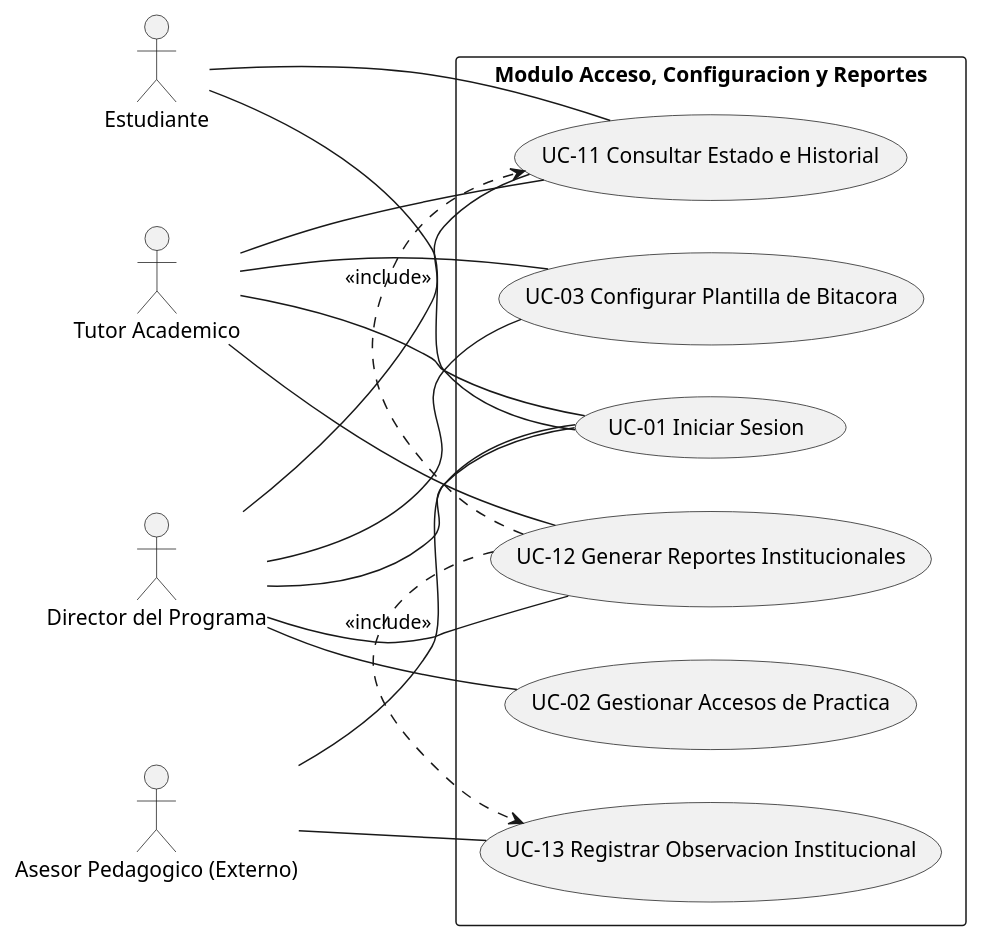
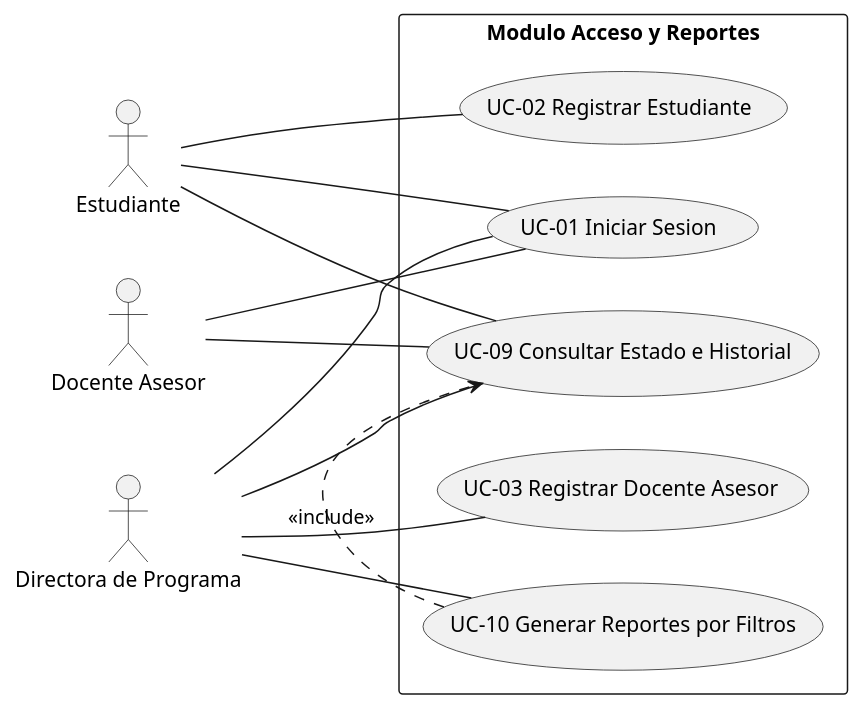
One commit to rcarreno4-dot/sigpra changed the diagram in documentacion/casos_de_uso/DIAGRAMA_CASOS_USO_ACCESO_REPORTES.puml. Above: the diagram before and after it, drawn with PlantUML. The commit also changed 71 other files, not shown here.

```diff
--- a/documentacion/casos_de_uso/DIAGRAMA_CASOS_USO_ACCESO_REPORTES.puml
+++ b/documentacion/casos_de_uso/DIAGRAMA_CASOS_USO_ACCESO_REPORTES.puml
@@ -1,40 +1,32 @@
 @startuml
 left to right direction
 skinparam packageStyle rectangle
 skinparam shadowing false
 
 actor "Estudiante" as Estudiante
-actor "Tutor Academico" as Tutor
-actor "Director del Programa" as Director
-actor "Asesor Pedagogico (Externo)" as Asesor
+actor "Docente Asesor" as Docente
+actor "Directora de Programa" as Directora
 
-rectangle "Modulo Acceso, Configuracion y Reportes" {
+rectangle "Modulo Acceso y Reportes" {
   usecase "UC-01 Iniciar Sesion" as UC01
-  usecase "UC-02 Gestionar Accesos de Practica" as UC02
-  usecase "UC-03 Configurar Plantilla de Bitacora" as UC03
-  usecase "UC-11 Consultar Estado e Historial" as UC11
-  usecase "UC-12 Generar Reportes Institucionales" as UC12
-  usecase "UC-13 Registrar Observacion Institucional" as UC13
+  usecase "UC-02 Registrar Estudiante" as UC02
+  usecase "UC-03 Registrar Docente Asesor" as UC03
+  usecase "UC-09 Consultar Estado e Historial" as UC09
+  usecase "UC-10 Generar Reportes por Filtros" as UC10
 }
 
 Estudiante -- UC01
-Estudiante -- UC11
+Estudiante -- UC02
+Estudiante -- UC09
 
-Tutor -- UC01
-Tutor -- UC03
-Tutor -- UC11
-Tutor -- UC12
+Docente -- UC01
+Docente -- UC09
 
-Director -- UC01
-Director -- UC02
-Director -- UC03
-Director -- UC11
-Director -- UC12
+Directora -- UC01
+Directora -- UC03
+Directora -- UC09
+Directora -- UC10
 
-Asesor -- UC01
-Asesor -- UC13
-
-UC12 .> UC11 : <<include>>
-UC12 .> UC13 : <<include>>
+UC10 .> UC09 : <<include>>
 
 @enduml
```
